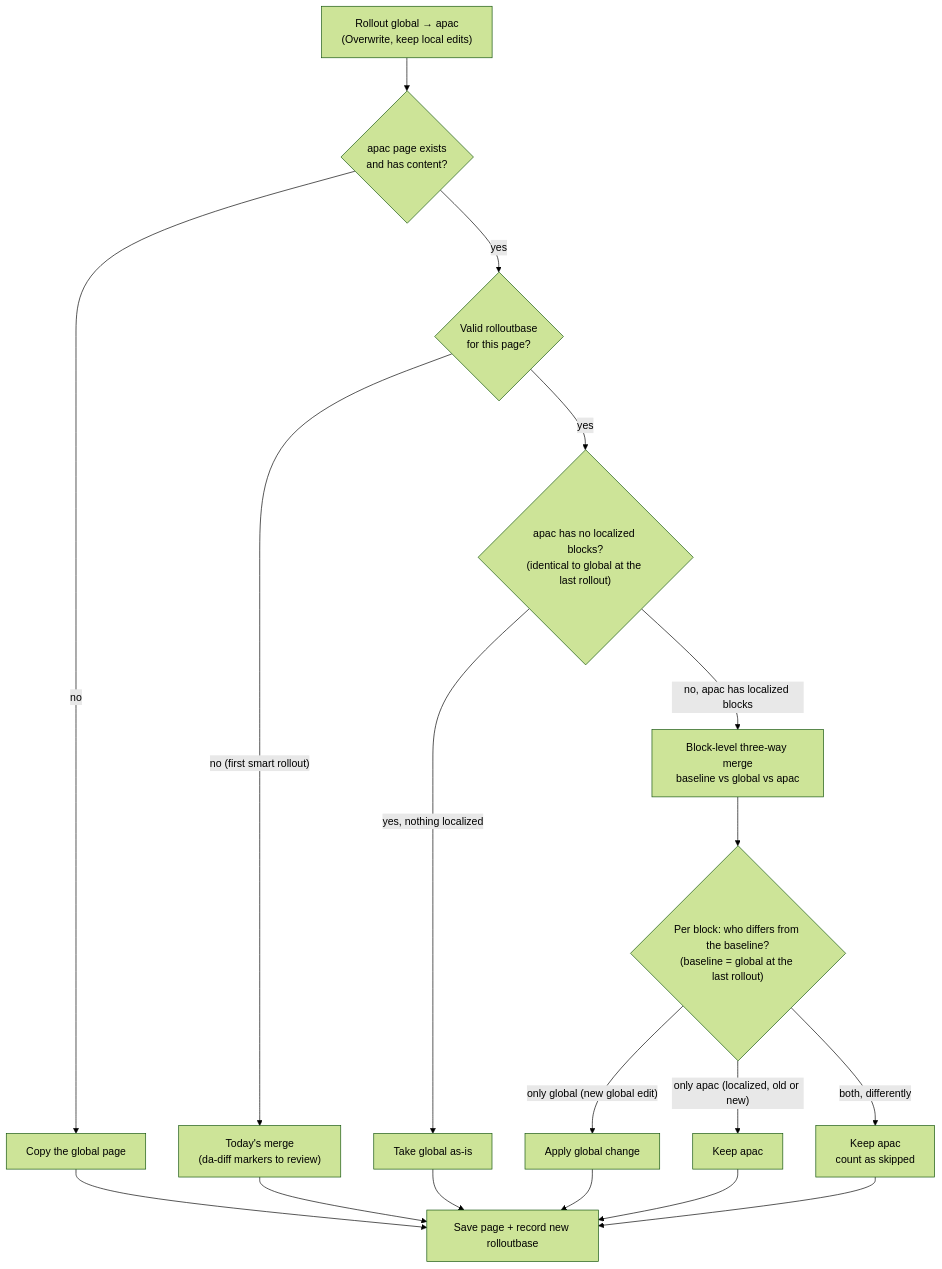
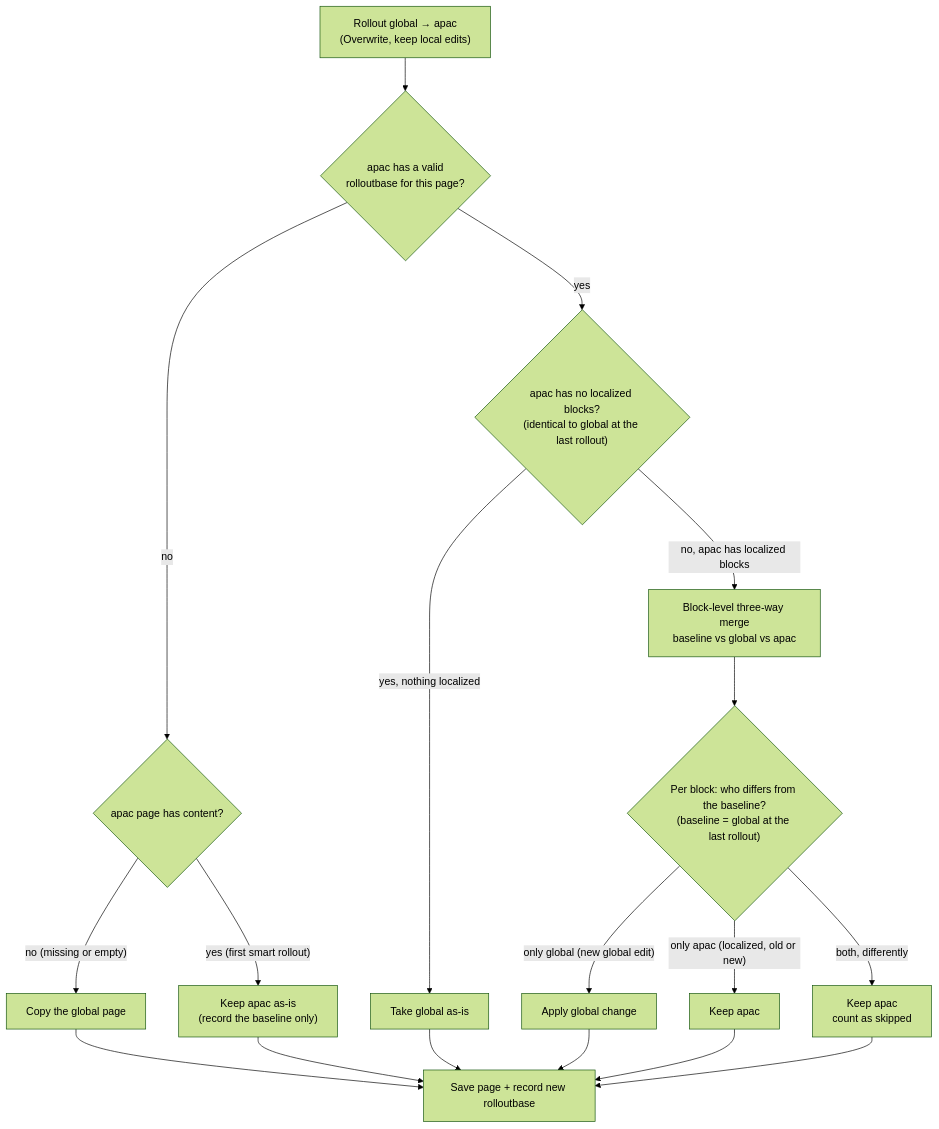
One commit to adobe/da-nx changed the diagram in docs/rollout-smart-overwrite.md. Above: the diagram before and after it, drawn with Mermaid (forest theme). The commit also changed other lines of this file and 15 other files, not shown here.

First line of the commit message:
feat(loc): record only the baseline on the first smart rollout

````diff
--- a/docs/rollout-smart-overwrite.md
+++ b/docs/rollout-smart-overwrite.md
@@ -21,20 +21,20 @@
 ```mermaid
 flowchart TD
-  start["Rollout global → apac<br/>(Overwrite, keep local edits)"] --> exists{"apac page exists<br/>and has content?"}
-  exists -- "no" --> copy["Copy the global page"]
-  exists -- "yes" --> base{"Valid rolloutbase<br/>for this page?"}
-  base -- "no (first smart rollout)" --> merge["Today's merge<br/>(da-diff markers to review)"]
+  start["Rollout global → apac<br/>(Overwrite, keep local edits)"] --> base{"apac has a valid<br/>rolloutbase for this page?"}
+  base -- "no" --> exists{"apac page has content?"}
+  exists -- "no (missing or empty)" --> copy["Copy the global page"]
+  exists -- "yes (first smart rollout)" --> record["Keep apac as-is<br/>(record the baseline only)"]
   base -- "yes" --> unchanged{"apac has no localized blocks?<br/>(identical to global at the last rollout)"}
   unchanged -- "yes, nothing localized" --> take["Take global as-is"]
   unchanged -- "no, apac has localized blocks" --> diff3["Block-level three-way merge<br/>baseline vs global vs apac"]
   diff3 --> who{"Per block: who differs from the baseline?<br/>(baseline = global at the last rollout)"}
   who -- "only global (new global edit)" --> apply["Apply global change"]
   who -- "only apac (localized, old or new)" --> keep["Keep apac"]
   who -- "both, differently" --> skip["Keep apac<br/>count as skipped"]
   copy --> save["Save page + record new rolloutbase"]
-  merge --> save
+  record --> save
   take --> save
   apply --> save
   keep --> save
   skip --> save
 ```
````
